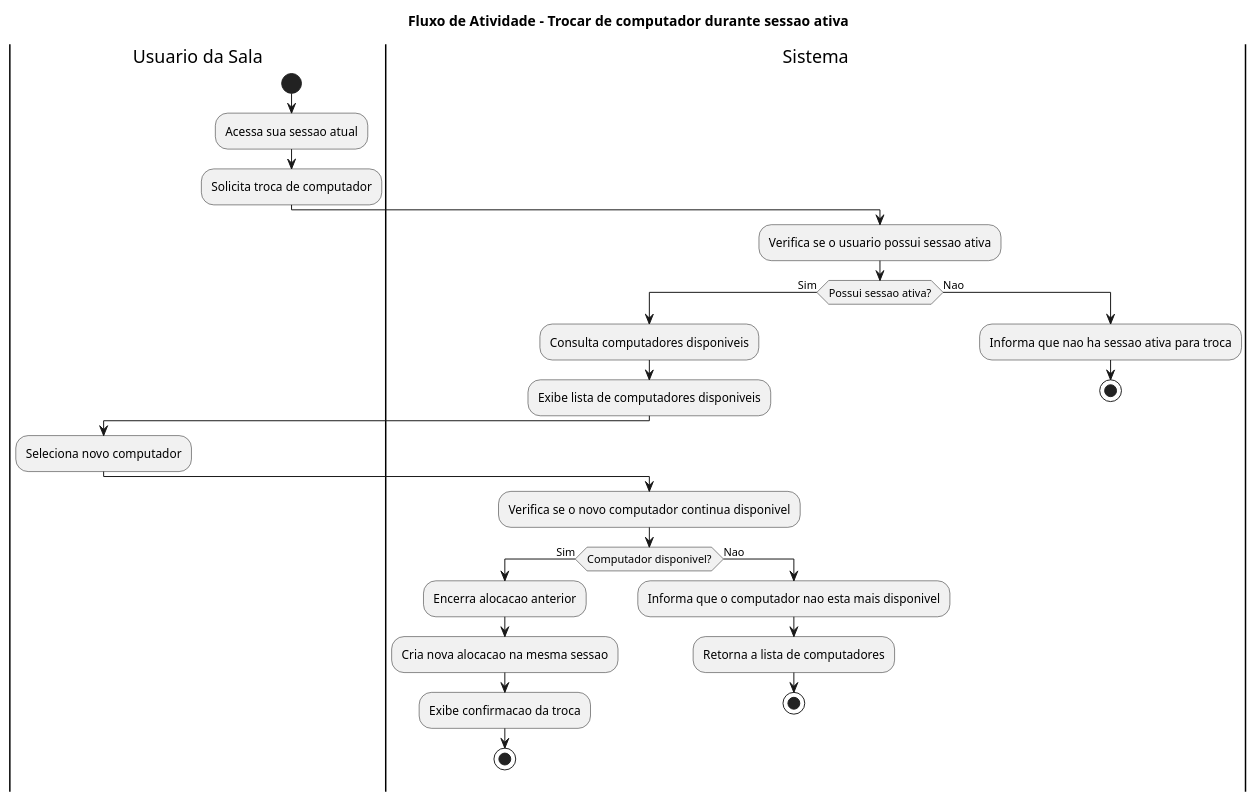
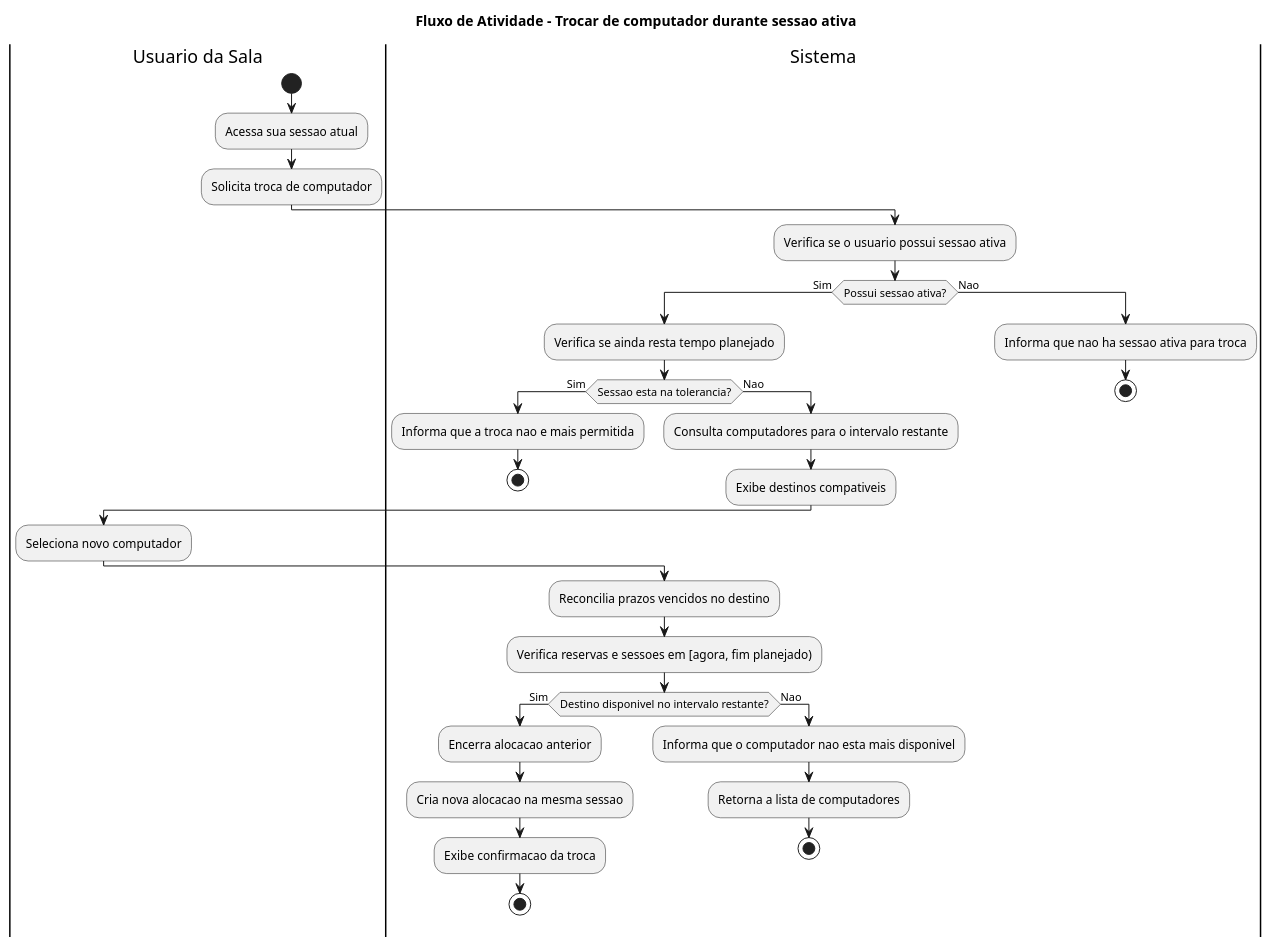
The diagram in docs/diagrams/atividades/04-usuario-trocar-computador.puml (MarcosVini753/estagio), drawn with PlantUML before and after one commit. The commit also changed 21 other files, not shown here.

Commit message:
docs: sincronizar API fluxos e diagramas do modelo C

```diff
--- a/docs/diagrams/atividades/04-usuario-trocar-computador.puml
+++ b/docs/diagrams/atividades/04-usuario-trocar-computador.puml
@@ -1,38 +1,45 @@
 @startuml
 title Fluxo de Atividade - Trocar de computador durante sessao ativa
 
 |Usuario da Sala|
 start
 :Acessa sua sessao atual;
 :Solicita troca de computador;
 
 |Sistema|
 :Verifica se o usuario possui sessao ativa;
 
 if (Possui sessao ativa?) then (Sim)
-  :Consulta computadores disponiveis;
-  :Exibe lista de computadores disponiveis;
+  :Verifica se ainda resta tempo planejado;
+  if (Sessao esta na tolerancia?) then (Sim)
+    :Informa que a troca nao e mais permitida;
+    stop
+  else (Nao)
+    :Consulta computadores para o intervalo restante;
+    :Exibe destinos compativeis;
+  endif
 
   |Usuario da Sala|
   :Seleciona novo computador;
 
   |Sistema|
-  :Verifica se o novo computador continua disponivel;
+  :Reconcilia prazos vencidos no destino;
+  :Verifica reservas e sessoes em [agora, fim planejado);
 
-  if (Computador disponivel?) then (Sim)
+  if (Destino disponivel no intervalo restante?) then (Sim)
     :Encerra alocacao anterior;
     :Cria nova alocacao na mesma sessao;
     :Exibe confirmacao da troca;
     stop
   else (Nao)
     :Informa que o computador nao esta mais disponivel;
     :Retorna a lista de computadores;
     stop
   endif
 
 else (Nao)
   :Informa que nao ha sessao ativa para troca;
   stop
 endif
 
 @enduml
```
